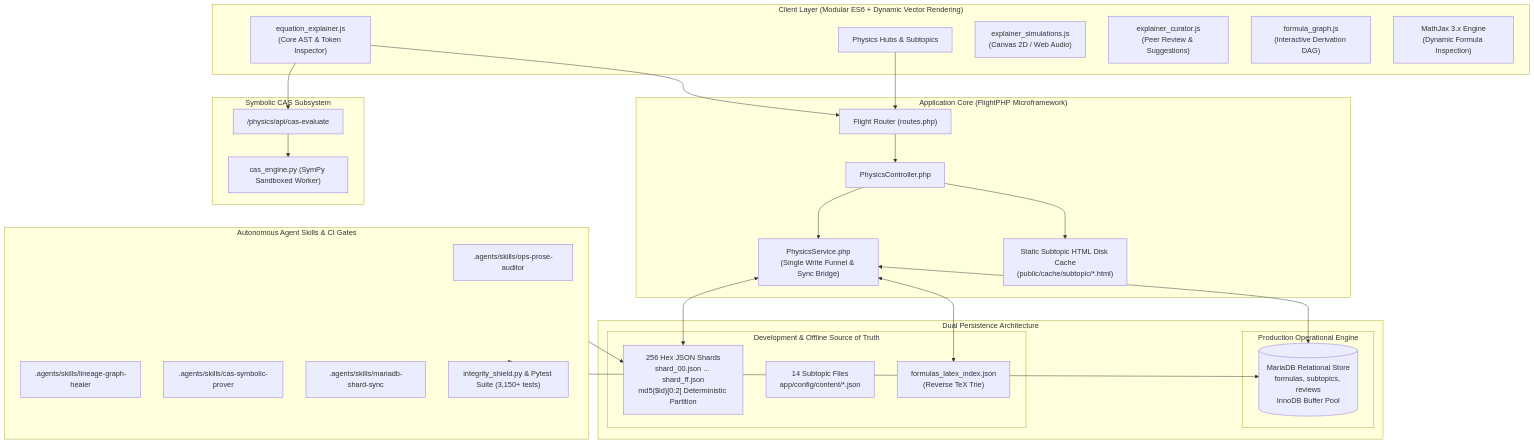
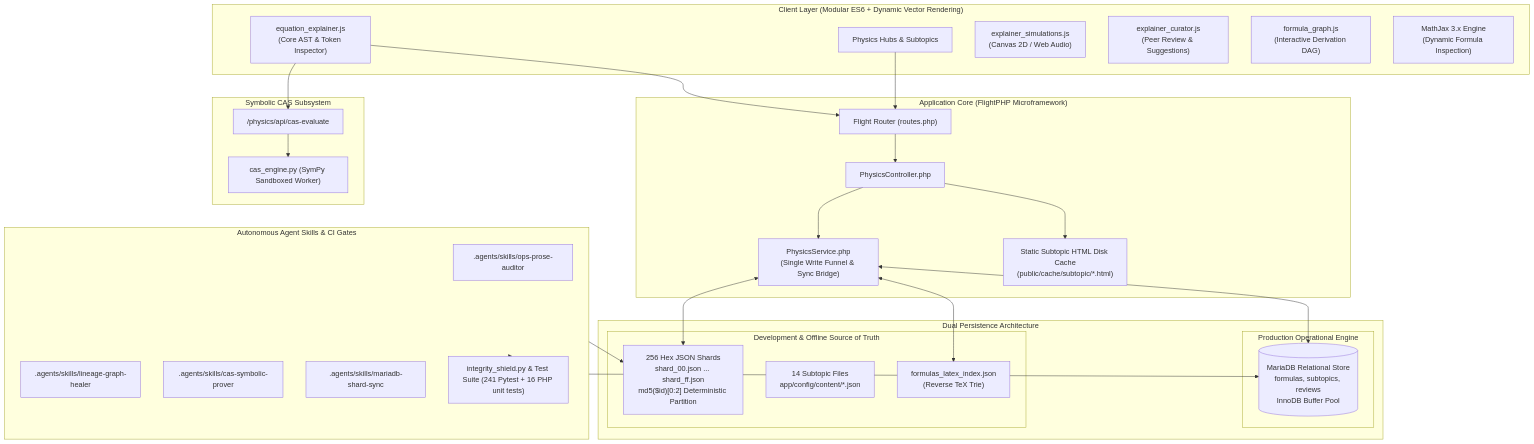
The first of 2 diagrams in docs/architecture.md (jholobetz/terra), drawn with Mermaid before and after one commit. The commit also changed other lines of this file and 281 other files, not shown here.

````diff
--- a/docs/architecture.md
+++ b/docs/architecture.md
@@ -13,56 +13,56 @@
 ```mermaid
 flowchart TD
     subgraph ClientLayer["Client Layer (Modular ES6 + Dynamic Vector Rendering)"]
         UI["Physics Hubs & Subtopics"]
         EE["equation_explainer.js<br/>(Core AST & Token Inspector)"]
         SIM["explainer_simulations.js<br/>(Canvas 2D / Web Audio)"]
         CUR["explainer_curator.js<br/>(Peer Review & Suggestions)"]
         DAG_UI["formula_graph.js<br/>(Interactive Derivation DAG)"]
         MJ["MathJax 3.x Engine<br/>(Dynamic Formula Inspection)"]
     end
 
     subgraph ApplicationCore["Application Core (FlightPHP Microframework)"]
         Router["Flight Router (routes.php)"]
         Controller["PhysicsController.php"]
         Service["PhysicsService.php<br/>(Single Write Funnel & Sync Bridge)"]
         DiskCache["Static Subtopic HTML Disk Cache<br/>(public/cache/subtopic/*.html)"]
     end
 
     subgraph SymbolicEngine["Symbolic CAS Subsystem"]
         CAS_API["/physics/api/cas-evaluate"]
         CAS_Daemon["cas_engine.py (SymPy Sandboxed Worker)"]
     end
 
     subgraph PersistenceLayer["Dual Persistence Architecture"]
         subgraph ProductionDB["Production Operational Engine"]
             MariaDB[("MariaDB Relational Store<br/>formulas, subtopics, reviews<br/>InnoDB Buffer Pool")]
         end
         subgraph GitTruth["Development & Offline Source of Truth"]
             Shards["256 Hex JSON Shards<br/>shard_00.json ... shard_ff.json<br/>md5($id)[0:2] Deterministic Partition"]
             SubtopicFiles["14 Subtopic Files<br/>app/config/content/*.json"]
             LatexTrie["formulas_latex_index.json<br/>(Reverse TeX Trie)"]
         end
     end
 
     subgraph AgentFramework["Autonomous Agent Skills & CI Gates"]
         OPS_Skill[".agents/skills/ops-prose-auditor"]
         Lineage_Skill[".agents/skills/lineage-graph-healer"]
         CAS_Skill[".agents/skills/cas-symbolic-prover"]
         DB_Skill[".agents/skills/mariadb-shard-sync"]
-        Shield["integrity_shield.py & Pytest Suite (3,150+ tests)"]
+        Shield["integrity_shield.py & Test Suite (241 Pytest + 16 PHP unit tests)"]
     end
 
     UI --> Router
     EE --> Router
     Router --> Controller
     Controller --> Service
     Controller --> DiskCache
     EE --> CAS_API
     CAS_API --> CAS_Daemon
     Service <--> MariaDB
     Service <--> Shards
     Service <--> LatexTrie
     AgentFramework --> Shards
     AgentFramework --> MariaDB
     AgentFramework --> Shield
 ```
````
